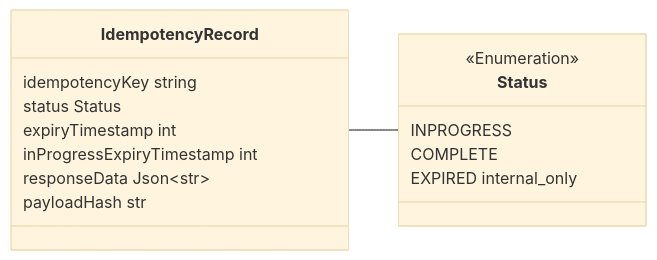
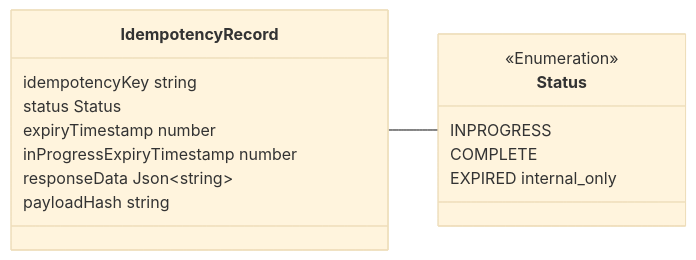
Before and after one commit to aws-powertools/powertools-lambda-typescript: the first of 8 diagrams in docs/utilities/idempotency.md, drawn with Mermaid (base theme). The commit also changed other lines of this file and 21 other files, not shown here.

````diff
--- a/docs/utilities/idempotency.md
+++ b/docs/utilities/idempotency.md
@@ -22,19 +30,19 @@
 ```mermaid
 classDiagram
     direction LR
     class IdempotencyRecord {
         idempotencyKey string
         status Status
-        expiryTimestamp int
-        inProgressExpiryTimestamp int
-        responseData Json~str~
-        payloadHash str
+        expiryTimestamp number
+        inProgressExpiryTimestamp number
+        responseData Json~string~
+        payloadHash string
     }
     class Status {
         <<Enumeration>>
         INPROGRESS
         COMPLETE
         EXPIRED internal_only
     }
     IdempotencyRecord -- Status
 ```
````
